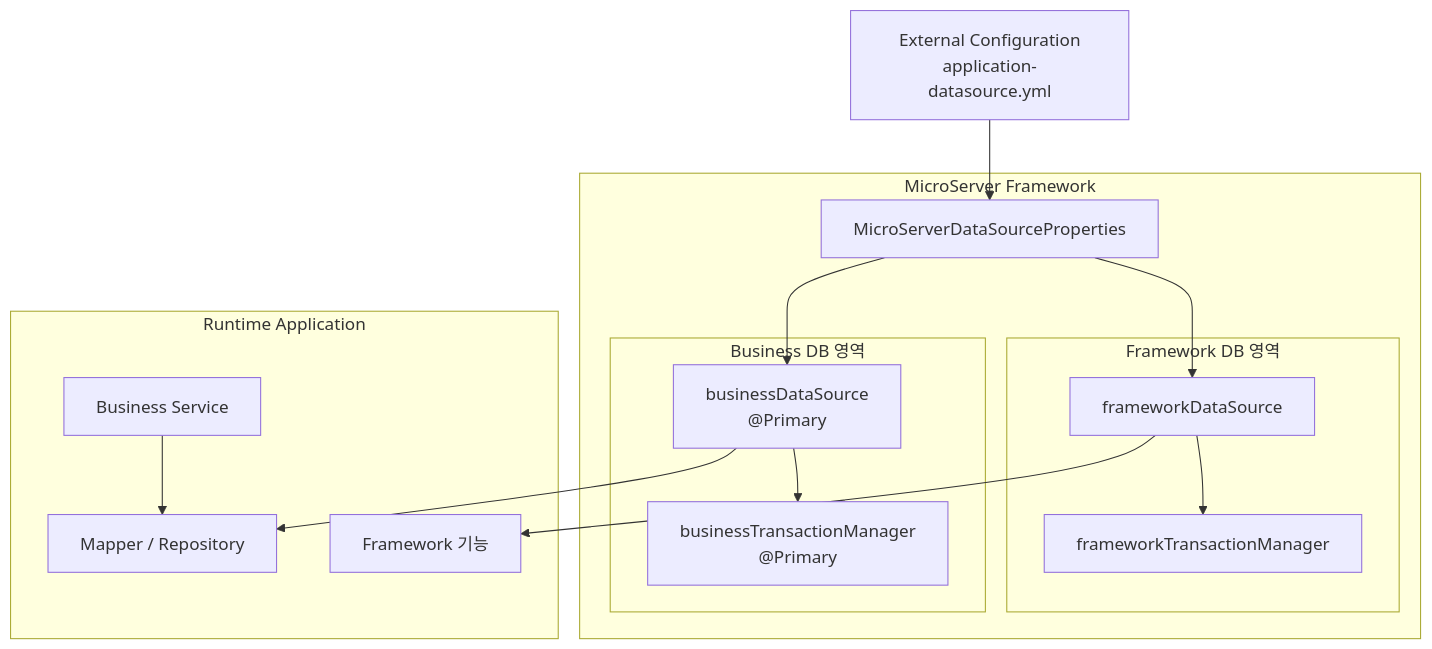
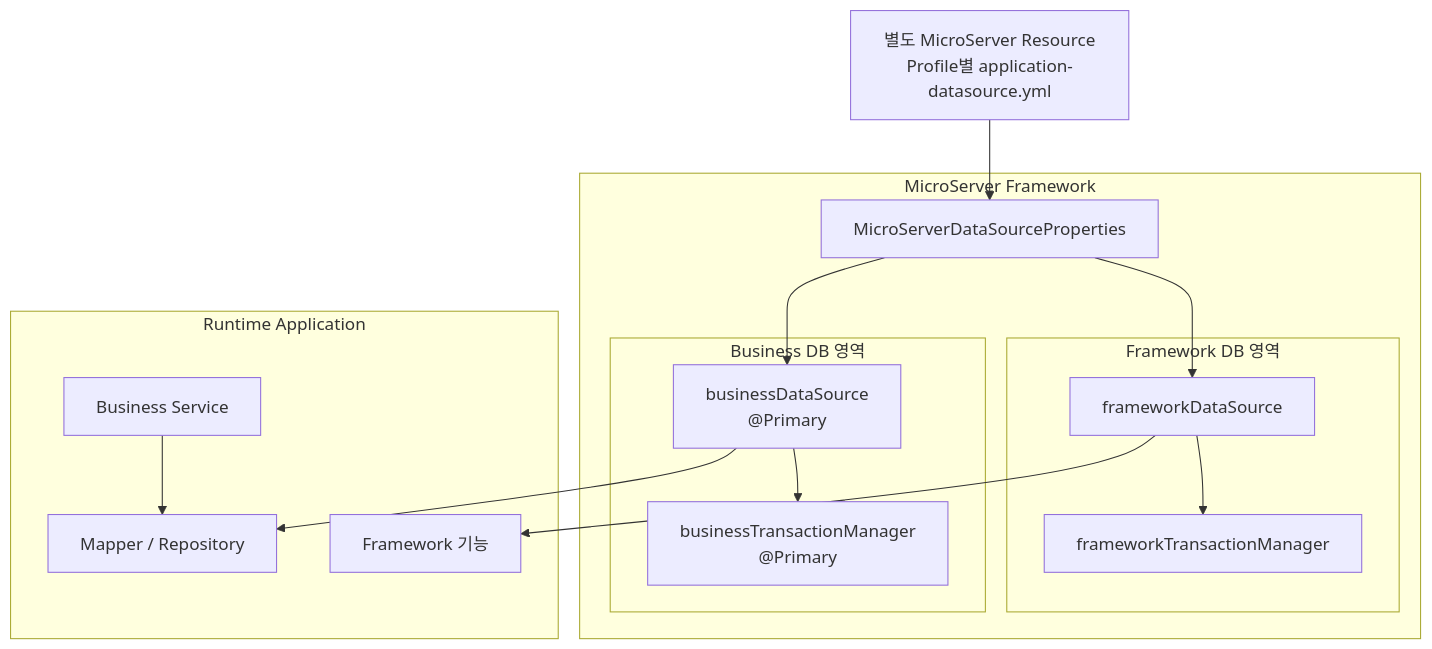
Before and after one commit to Team-Microserver/microserver-docs: the seventh of 7 diagrams in docs/04_multi_project_framework/01_datasource/datasource_framework_setup.md, drawn with Mermaid. The commit also changed other lines of this file, not shown here.

````diff
--- a/docs/04_multi_project_framework/01_datasource/datasource_framework_setup.md
+++ b/docs/04_multi_project_framework/01_datasource/datasource_framework_setup.md
@@ -660,35 +1061,35 @@
 ```mermaid
 flowchart TB
-    EXT["External Configuration<br/>application-datasource.yml"]
+    EXT["별도 MicroServer Resource<br/>Profile별 application-datasource.yml"]
 
     subgraph FRAMEWORK["MicroServer Framework"]
         PROP["MicroServerDataSourceProperties"]
 
         subgraph FDB["Framework DB 영역"]
             FDS["frameworkDataSource"]
             FTX["frameworkTransactionManager"]
         end
 
         subgraph BDB["Business DB 영역"]
             BDS["businessDataSource<br/>@Primary"]
             BTX["businessTransactionManager<br/>@Primary"]
         end
     end
 
     subgraph RUNTIME["Runtime Application"]
         FS["Framework 기능"]
         BS["Business Service"]
         MAP["Mapper / Repository"]
     end
 
     EXT --> PROP
     PROP --> FDS
     PROP --> BDS
 
     FDS --> FTX
     BDS --> BTX
 
     FDS --> FS
     BDS --> MAP
     BS --> MAP
 ```
````
